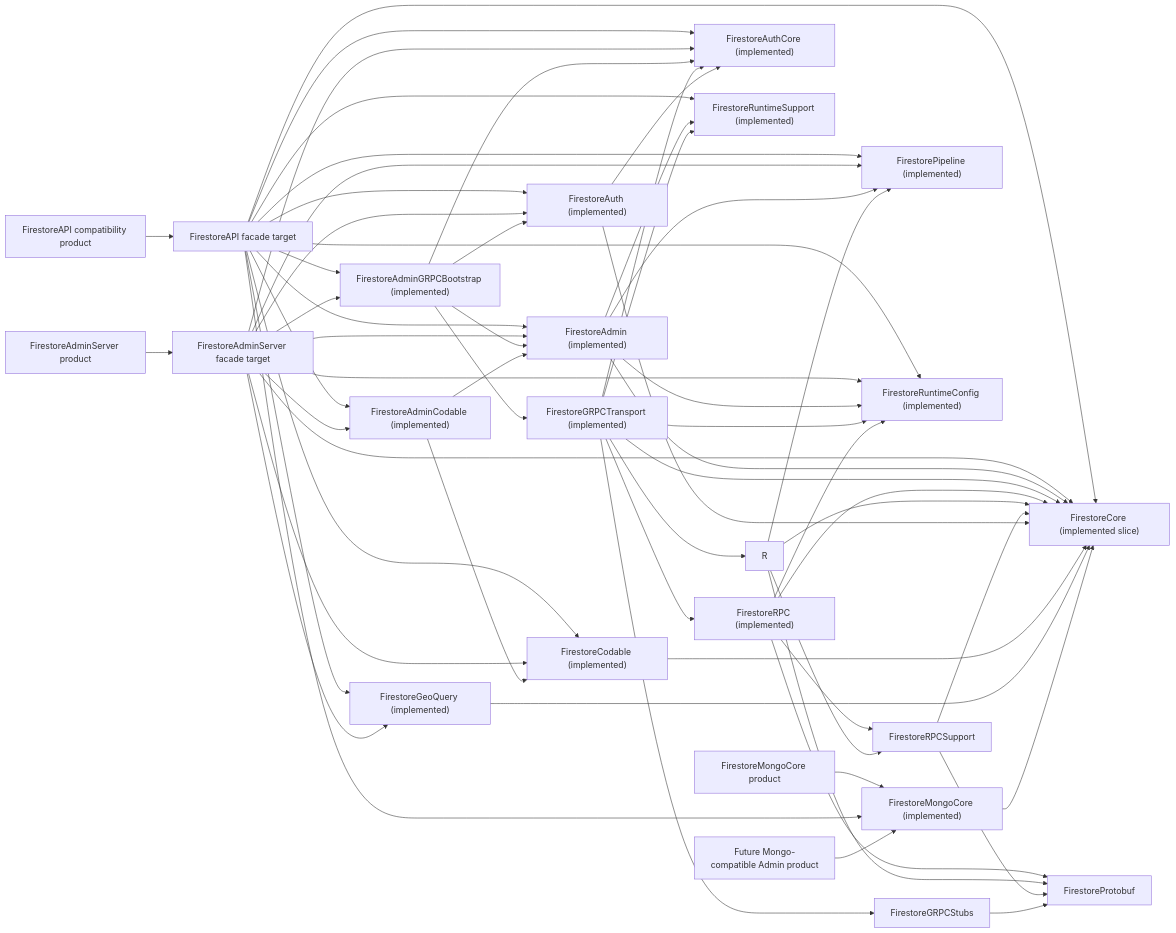
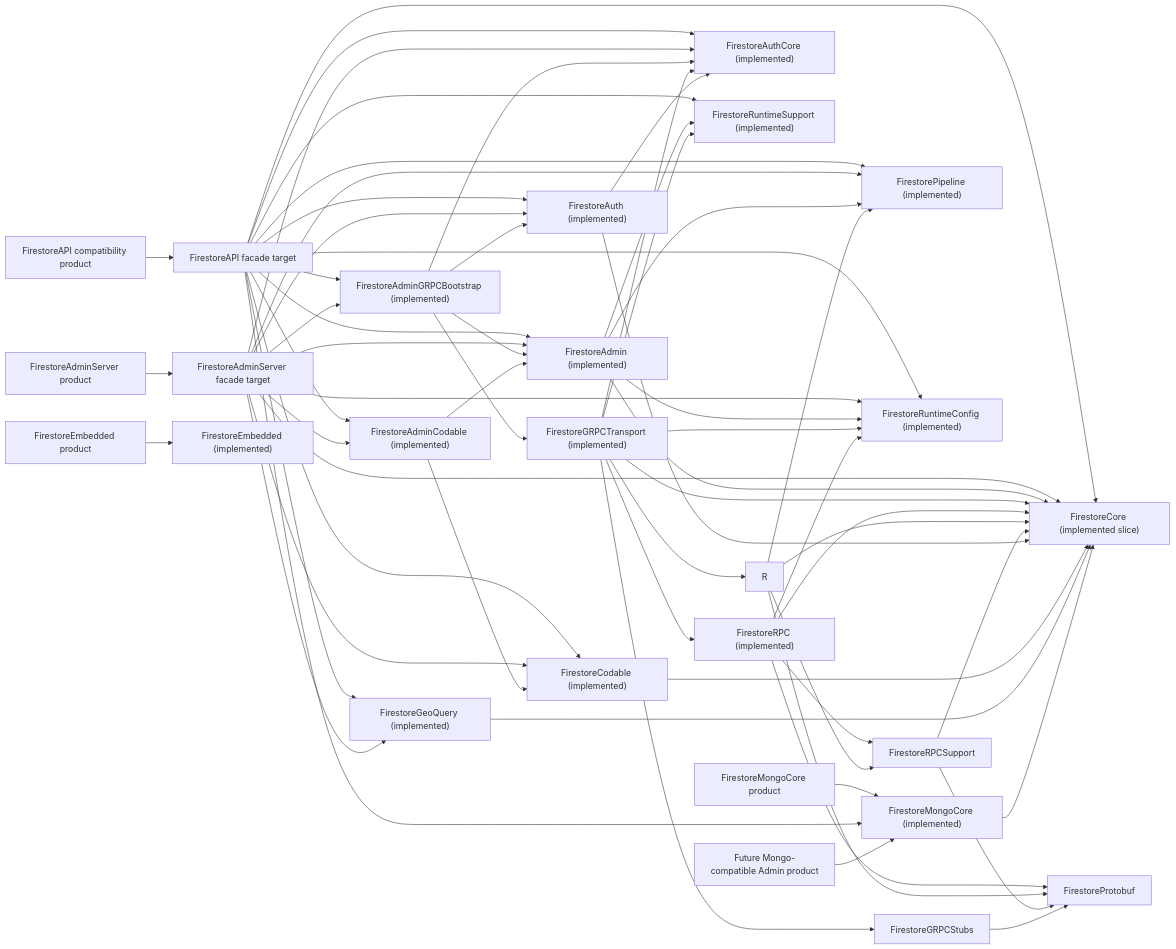
One commit to 1amageek/FirebaseAPI changed the diagram in docs/FirestoreModuleSeparationPlan.md. Above: the diagram before and after it, drawn with Mermaid. The commit also changed other lines of this file and 19 other files, not shown here.

Commit message:
Add Embedded Swift Firestore descriptors

````diff
--- a/docs/FirestoreModuleSeparationPlan.md
+++ b/docs/FirestoreModuleSeparationPlan.md
@@ -37,62 +38,63 @@
 ```mermaid
 flowchart LR
   A["FirestoreAPI compatibility product"] --> B["FirestoreAPI facade target"]
   AA["FirestoreAdminServer product"] --> AB["FirestoreAdminServer facade target"]
   AC["FirestoreMongoCore product"] --> T["FirestoreMongoCore (implemented)"]
+  AD["FirestoreEmbedded product"] --> W["FirestoreEmbedded (implemented)"]
   B --> O["FirestoreAdmin (implemented)"]
   B --> P["FirestoreAdminGRPCBootstrap (implemented)"]
   B --> C["FirestoreCore (implemented slice)"]
   B --> Q["FirestoreAuthCore (implemented)"]
   B --> D["FirestoreAuth (implemented)"]
   B --> E["FirestorePipeline (implemented)"]
   B --> V["FirestoreRuntimeConfig (implemented)"]
   B --> L["FirestoreRuntimeSupport (implemented)"]
   B --> M["FirestoreCodable (implemented)"]
   B --> N["FirestoreGeoQuery (implemented)"]
   B --> T["FirestoreMongoCore (implemented)"]
   B --> U["FirestoreAdminCodable (implemented)"]
   AB --> O
   AB --> P
   AB --> C
   AB --> Q
   AB --> D
   AB --> E
   AB --> V
   AB --> M
   AB --> N
   AB --> U
   P --> O
   P --> Q
   P --> D
   P --> K["FirestoreGRPCTransport (implemented)"]
   O --> C
   O --> E
   O --> L
   O --> V
   U --> O
   U --> M
   K --> C
   K --> Q
   K --> V
   K --> L
   K --> F
   K --> R
   K --> G
   F["FirestoreRPC (implemented)"] --> C
   F --> V
   F --> S["FirestoreRPCSupport"]
   F --> H["FirestoreProtobuf"]
   R --> C
   R --> E
   R --> S
   R --> H
   S --> C
   S --> H
   G["FirestoreGRPCStubs"] --> H
   D --> Q
   D --> C
   M --> C
   N --> C
   T --> C
   I["Future Mongo-compatible Admin product"] --> T
 ```
````
